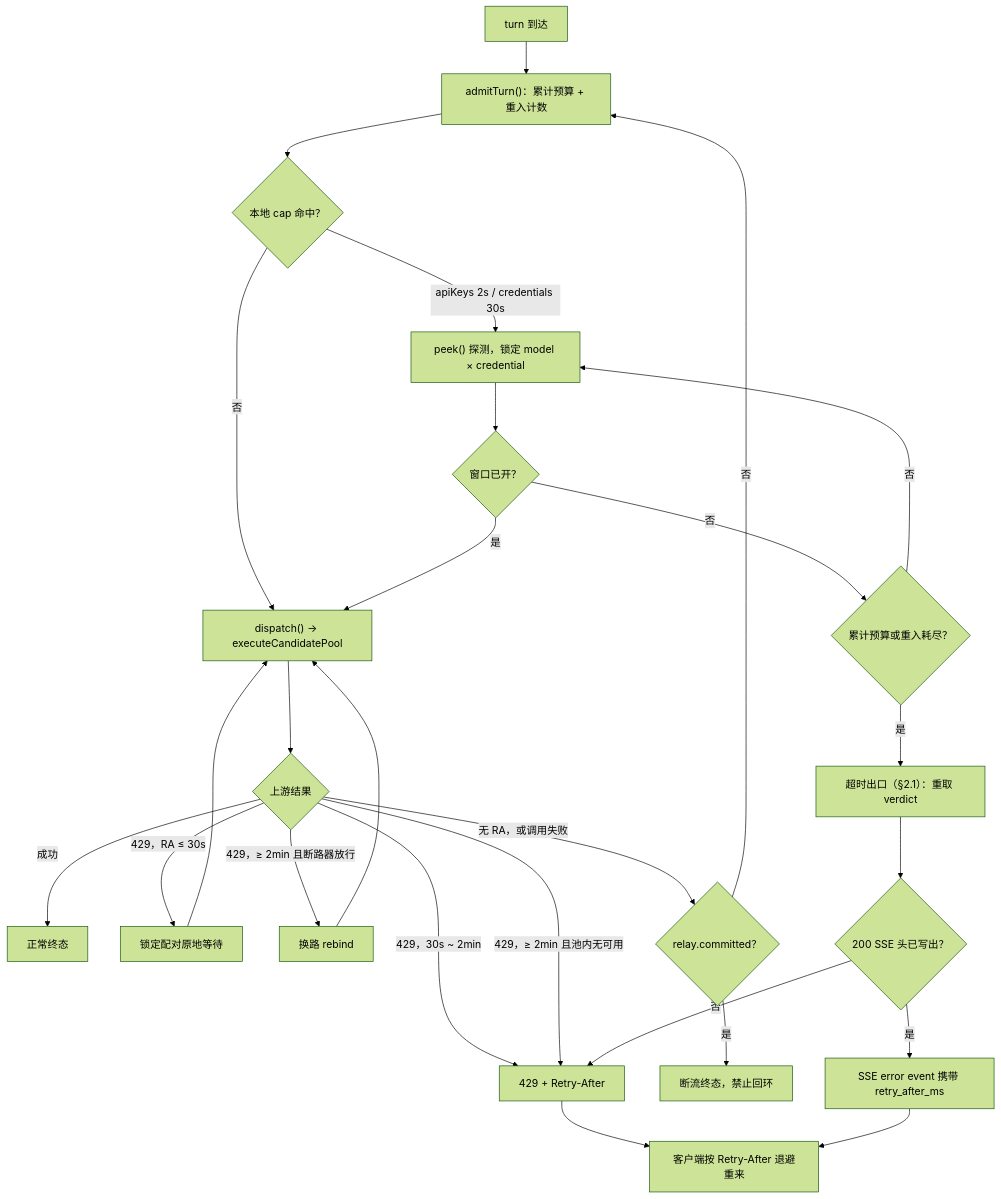
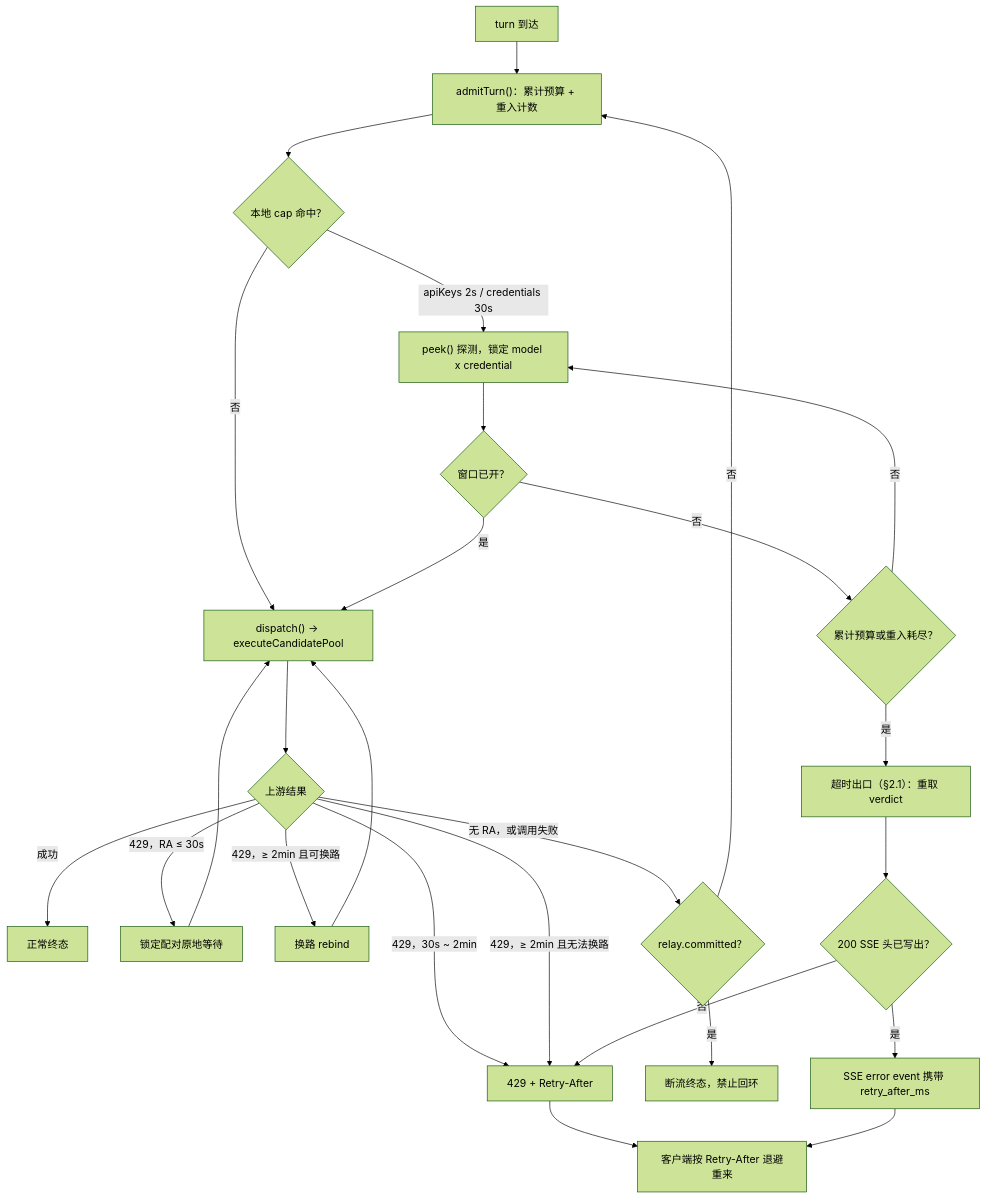
Before and after one commit to kenlin8827/omnicell-router: the diagram in docs/adr/zh-CN/0023-rate-limit-waiting-and-reentrant-admission.md, drawn with Mermaid (forest theme). The commit also changed other lines of this file and 5 other files, not shown here.

````diff
--- a/docs/adr/zh-CN/0023-rate-limit-waiting-and-reentrant-admission.md
+++ b/docs/adr/zh-CN/0023-rate-limit-waiting-and-reentrant-admission.md
@@ -62,28 +66,28 @@
 ```mermaid
 flowchart TD
   A["turn 到达"] --> B["admitTurn()：累计预算 + 重入计数"]
   B --> C{"本地 cap 命中？"}
   C -->|"否"| D["dispatch() → executeCandidatePool"]
-  C -->|"apiKeys 2s / credentials 30s"| E["peek() 探测，锁定 model × credential"]
+  C -->|"apiKeys 2s / credentials 30s"| E["peek() 探测，锁定 model x credential"]
   E --> F{"窗口已开？"}
   F -->|"是"| D
   F -->|"否"| G{"累计预算或重入耗尽？"}
   G -->|"否"| E
   G -->|"是"| X["超时出口（§2.1）：重取 verdict"]
   D --> H{"上游结果"}
   H -->|"成功"| OK["正常终态"]
   H -->|"429，RA ≤ 30s"| I["锁定配对原地等待"]
   I --> D
   H -->|"429，30s ~ 2min"| J["429 + Retry-After"]
-  H -->|"429，≥ 2min 且断路器放行"| K["换路 rebind"]
+  H -->|"429，≥ 2min 且可换路"| K["换路 rebind"]
   K --> D
-  H -->|"429，≥ 2min 且池内无可用"| J
+  H -->|"429，≥ 2min 且无法换路"| J
   H -->|"无 RA，或调用失败"| L{"relay.committed？"}
   L -->|"否"| B
   L -->|"是"| M["断流终态，禁止回环"]
   X --> N{"200 SSE 头已写出？"}
   N -->|"否"| J
   N -->|"是"| O["SSE error event 携带 retry_after_ms"]
   J --> CLI["客户端按 Retry-After 退避重来"]
   O --> CLI
 ```
````
